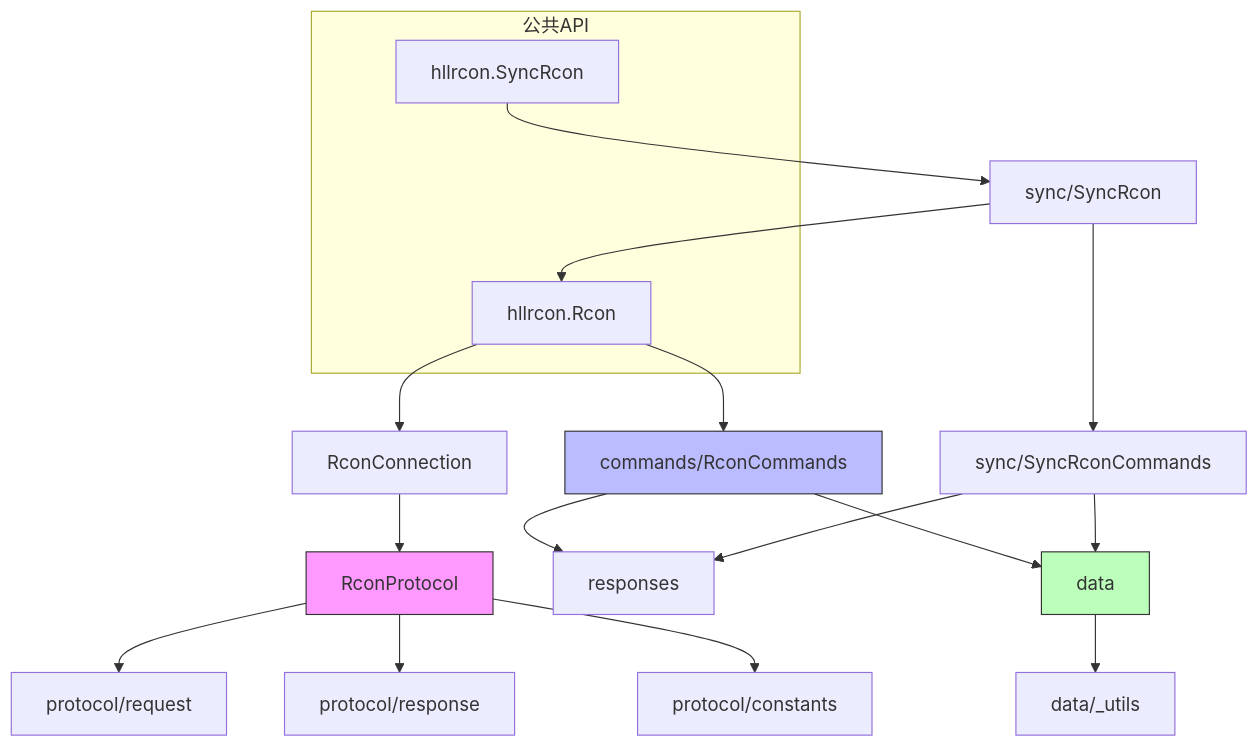
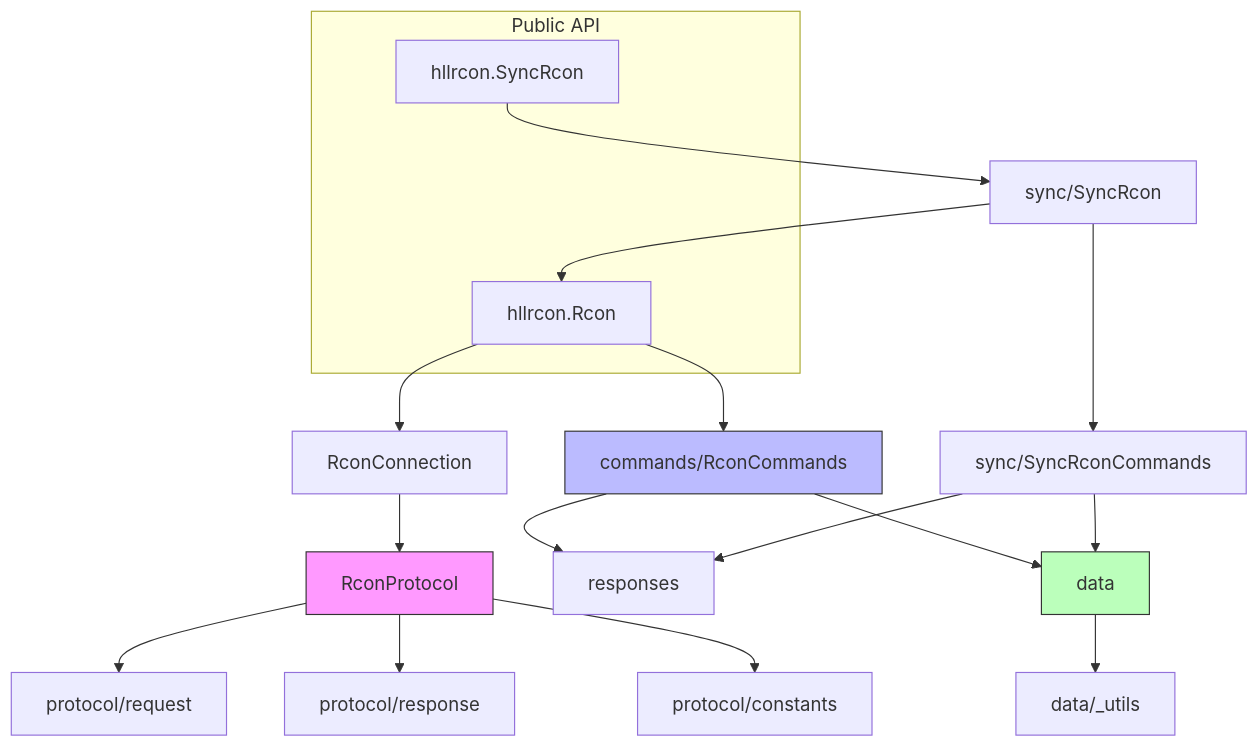
One commit to simon7073/hllrcon changed the diagram in docs/en/architecture.md. Above: the diagram before and after it, drawn with Mermaid. The commit also changed other lines of this file and 2 other files, not shown here.

````diff
--- a/docs/en/architecture.md
+++ b/docs/en/architecture.md
@@ -153,29 +153,29 @@
 ```mermaid
 graph TD
-    subgraph 公共API
+    subgraph Public API
         A[hllrcon.Rcon]
         B[hllrcon.SyncRcon]
     end
 
     A --> C[RconConnection]
     C --> D[RconProtocol]
     D --> E[protocol/request]
     D --> F[protocol/response]
     D --> G[protocol/constants]
 
     A --> H[commands/RconCommands]
     H --> I[responses]
     H --> J[data]
 
     B --> K[sync/SyncRcon]
     K --> A
     K --> L[sync/SyncRconCommands]
     L --> I
     L --> J
 
     J --> M[data/_utils]
 
     style D fill:#f9f,stroke:#333
     style H fill:#bbf,stroke:#333
     style J fill:#bfb,stroke:#333
 ```
````
